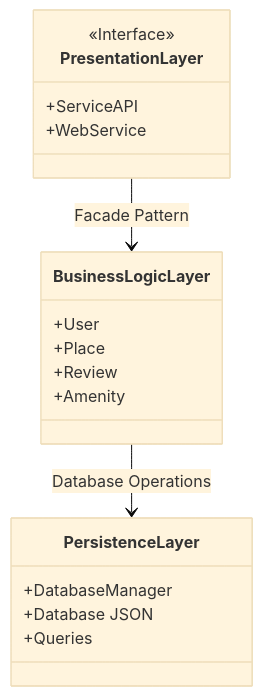
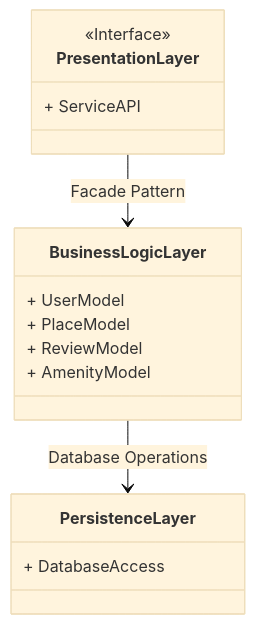
The first of 6 diagrams in Part1_UML/README.md (SDINAHET/HBnB), drawn with Mermaid (base theme) before and after one commit. The commit also changed other lines of this file and 1 other file, not shown here.

````diff
--- a/Part1_UML/README.md
+++ b/Part1_UML/README.md
@@ -2,24 +21,21 @@
 ```mermaid
 classDiagram
-	class PresentationLayer {
-		<<Interface>>
-		+ServiceAPI
-		+WebService
-	}
+class PresentationLayer {
+    <<Interface>>
+    + ServiceAPI
+}
 
-	class BusinessLogicLayer {
-		+User
-		+Place
-		+Review
-		+Amenity
-	}
+class BusinessLogicLayer {
+    + UserModel
+    + PlaceModel
+    + ReviewModel
+    + AmenityModel
+}
 
-	class PersistenceLayer {
-		+DatabaseManager
-		+Database JSON
-		+Queries
-	}
+class PersistenceLayer {
+    + DatabaseAccess
+}
 
-	PresentationLayer --> BusinessLogicLayer : Facade Pattern
-	BusinessLogicLayer --> PersistenceLayer : Database Operations
+PresentationLayer --> BusinessLogicLayer : Facade Pattern
+BusinessLogicLayer --> PersistenceLayer : Database Operations
 ```
````
